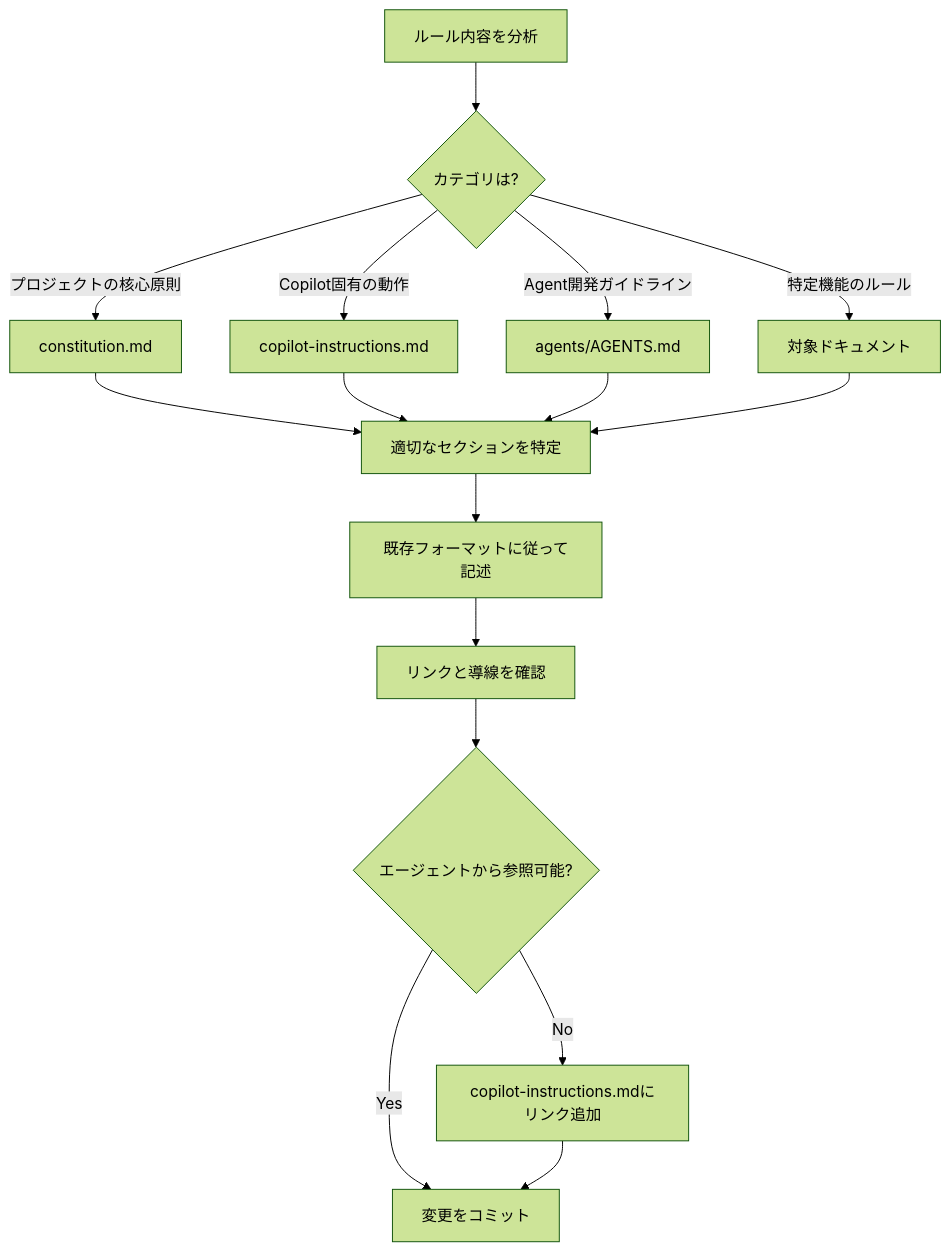
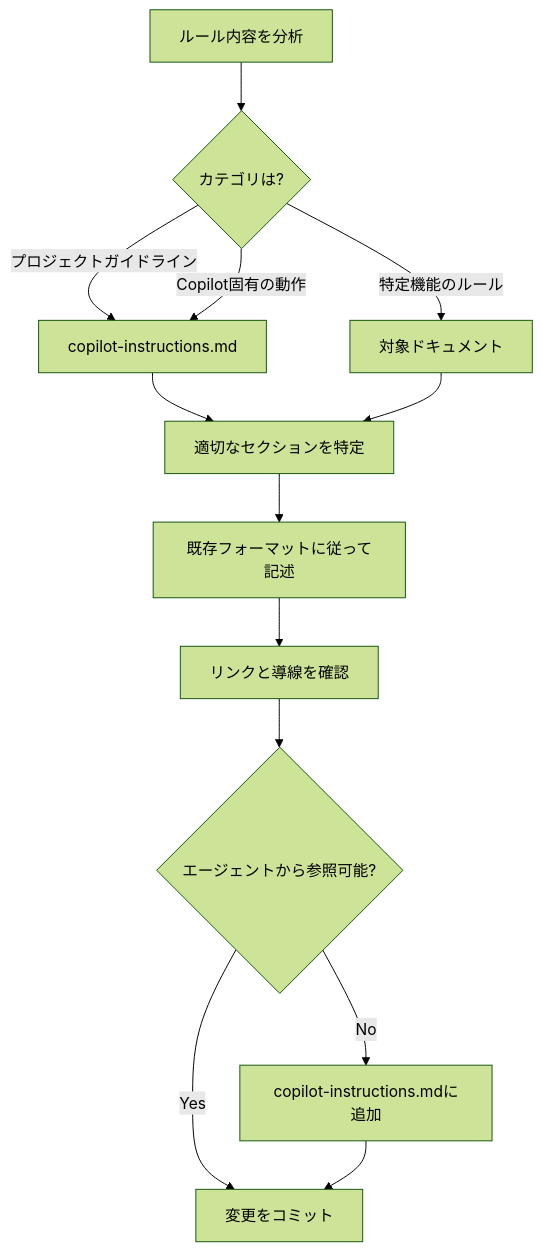
One commit to goataka/attendance-kit changed the diagram in .github/skills/rule-making/SKILL.md. Above: the diagram before and after it, drawn with Mermaid (forest theme). The commit also changed other lines of this file and 37 other files, not shown here.

````diff
--- a/.github/skills/rule-making/SKILL.md
+++ b/.github/skills/rule-making/SKILL.md
@@ -171,20 +131,17 @@
 ```mermaid
 graph TD
     A[ルール内容を分析] --> B{カテゴリは?}
-    B -->|プロジェクトの核心原則| C[constitution.md]
-    B -->|Copilot固有の動作| D[copilot-instructions.md]
-    B -->|Agent開発ガイドライン| E[agents/AGENTS.md]
+    B -->|プロジェクトガイドライン| C[copilot-instructions.md]
+    B -->|Copilot固有の動作| C
     B -->|特定機能のルール| F[対象ドキュメント]
     
     C --> G[適切なセクションを特定]
-    D --> G
-    E --> G
     F --> G
     
     G --> H[既存フォーマットに従って記述]
     H --> I[リンクと導線を確認]
     I --> J{エージェントから参照可能?}
-    J -->|No| K[copilot-instructions.mdにリンク追加]
+    J -->|No| K[copilot-instructions.mdに追加]
     J -->|Yes| L[変更をコミット]
     K --> L
 ```
````
